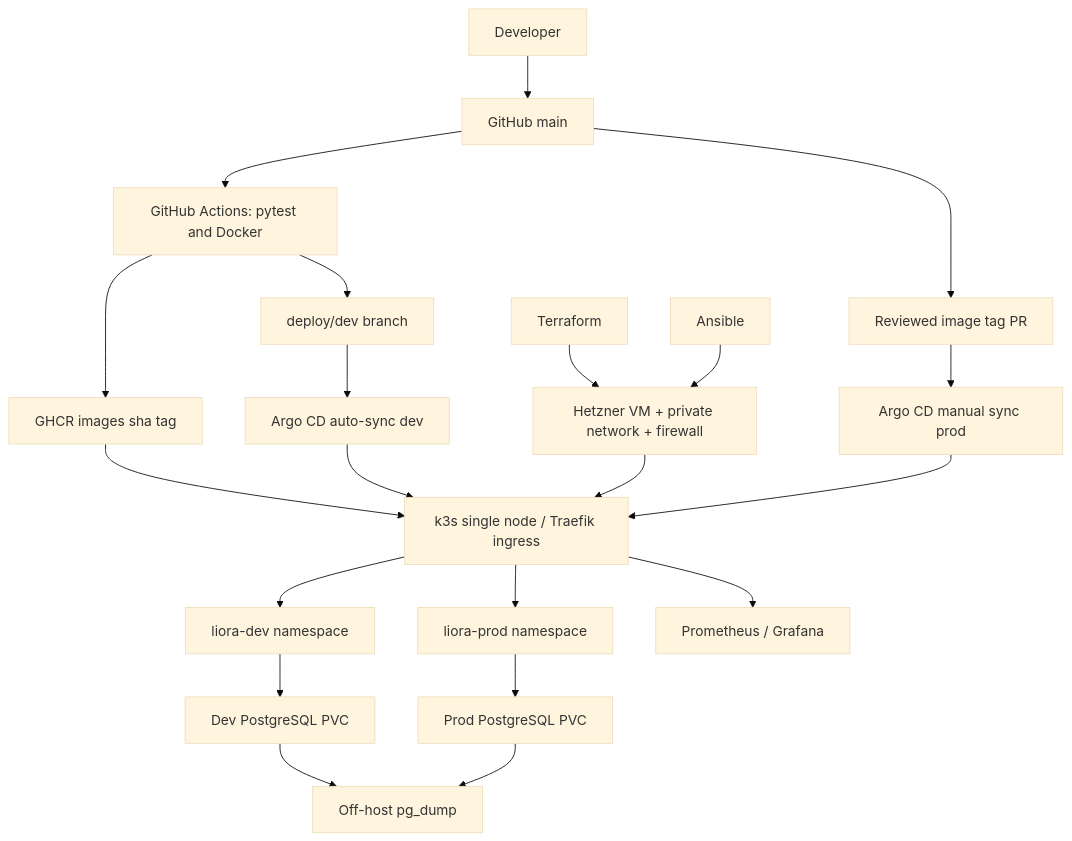
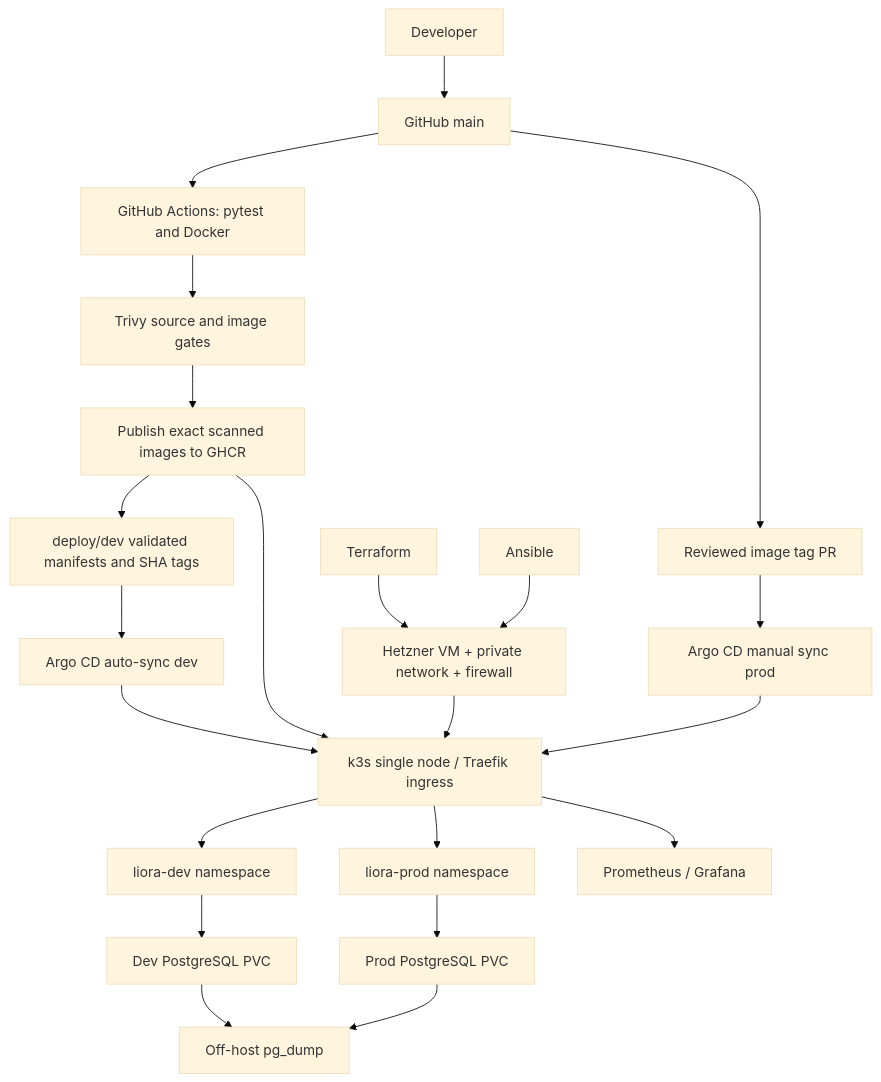
The diagram in docs/architecture.md (dionis1/liora-devops-platform), drawn with Mermaid (base theme) before and after one commit. The commit also changed other lines of this file and 93 other files, not shown here.

````diff
--- a/docs/architecture.md
+++ b/docs/architecture.md
@@ -3,23 +3,24 @@
 ```mermaid
 flowchart TD
   Dev[Developer] --> GH[GitHub main]
   GH --> CI[GitHub Actions: pytest and Docker]
-  CI --> REG[GHCR images sha tag]
-  CI --> GITOPS[deploy/dev branch]
+  CI --> SCAN[Trivy source and image gates]
+  SCAN --> REG[Publish exact scanned images to GHCR]
+  REG --> GITOPS[deploy/dev validated manifests and SHA tags]
   GITOPS --> ARGO[Argo CD auto-sync dev]
   GH --> PRODPROMO[Reviewed image tag PR]
   PRODPROMO --> PRODAPP[Argo CD manual sync prod]
   TF[Terraform] --> H[Hetzner VM + private network + firewall]
   AN[Ansible] --> H
   H --> K[k3s single node / Traefik ingress]
   ARGO --> K
   PRODAPP --> K
   REG --> K
   K --> DEV[liora-dev namespace]
   K --> PROD[liora-prod namespace]
   K --> MON[Prometheus / Grafana]
   DEV --> P1[Dev PostgreSQL PVC]
   PROD --> P2[Prod PostgreSQL PVC]
   P1 --> BACK[Off-host pg_dump]
   P2 --> BACK
 ```
````
